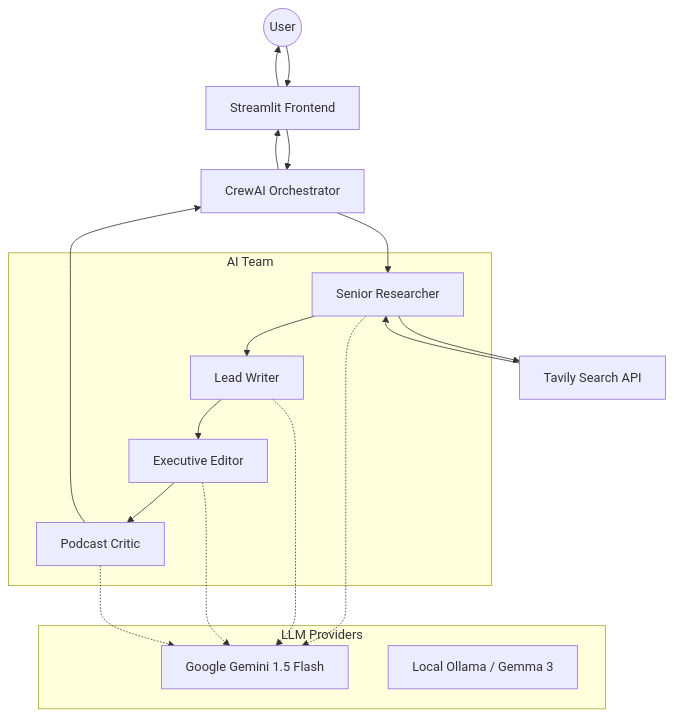
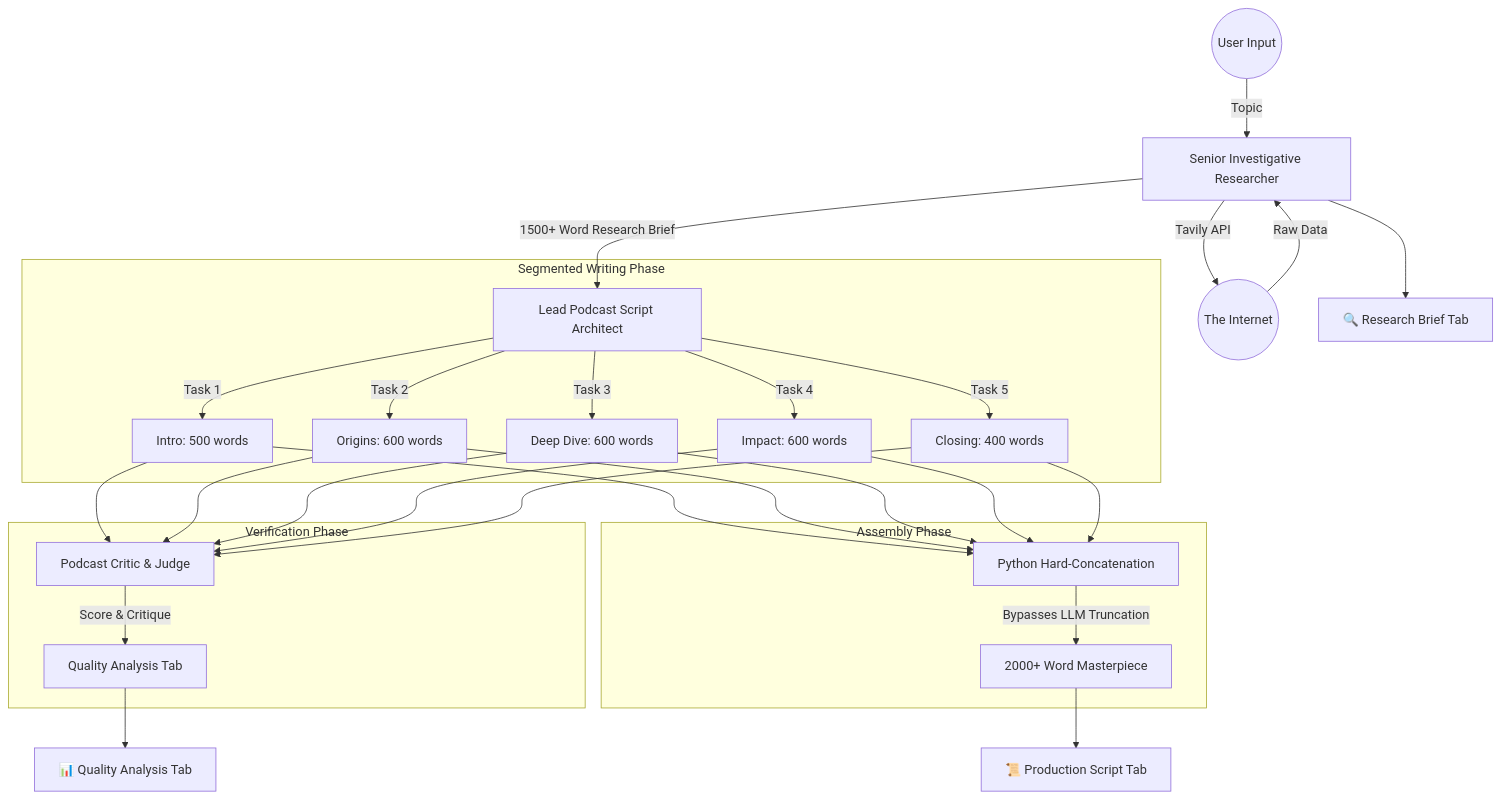
The diagram in ARCHITECTURE.md (RougeVader/Agentic_AI_Podcast_ScriptWriter), drawn with Mermaid before and after one commit. The commit also changed other lines of this file and 7 other files, not shown here.

Commit message:
Docs update: Added comprehensive README, architecture diagram, and spec documents

````diff
--- a/ARCHITECTURE.md
+++ b/ARCHITECTURE.md
@@ -6,34 +6,29 @@
 ```mermaid
 graph TD
-    User((User)) --> Streamlit[Streamlit Frontend]
-    Streamlit --> Crew[CrewAI Orchestrator]
+    User((User Input)) -->|Topic| Researcher[Senior Investigative Researcher]
+    Researcher -->|Tavily API| Web((The Internet))
+    Web -->|Raw Data| Researcher
+    Researcher -->|1500+ Word Research Brief| Writer[Lead Podcast Script Architect]
     
-    subgraph AI Team
-        Researcher[Senior Researcher]
-        Writer[Lead Writer]
-        Editor[Executive Editor]
-        Judge[Podcast Critic]
+    subgraph "Segmented Writing Phase"
+    Writer -->|Task 1| Intro[Intro: 500 words]
+    Writer -->|Task 2| Seg1[Origins: 600 words]
+    Writer -->|Task 3| Seg2[Deep Dive: 600 words]
+    Writer -->|Task 4| Seg3[Impact: 600 words]
+    Writer -->|Task 5| Outro[Closing: 400 words]
     end
     
-    Crew --> Researcher
-    Researcher --> Tavily[Tavily Search API]
-    Tavily --> Researcher
-    
-    Researcher --> Writer
-    Writer --> Editor
-    Editor --> Judge
-    
-    Judge --> Crew
-    Crew --> Streamlit
-    Streamlit --> User
-    
-    subgraph LLM Providers
-        Gemini[Google Gemini 1.5 Flash]
-        Ollama[Local Ollama / Gemma 3]
+    subgraph "Verification Phase"
+    Intro & Seg1 & Seg2 & Seg3 & Outro --> Judge[Podcast Critic & Judge]
+    Judge -->|Score & Critique| EvalTab[Quality Analysis Tab]
     end
     
-    Researcher -.-> Gemini
-    Writer -.-> Gemini
-    Editor -.-> Gemini
-    Judge -.-> Gemini
+    subgraph "Assembly Phase"
+    Intro & Seg1 & Seg2 & Seg3 & Outro --> PythonJoin[Python Hard-Concatenation]
+    PythonJoin -->|Bypasses LLM Truncation| FinalScript[2000+ Word Masterpiece]
+    end
+    
+    FinalScript --> Tab1[📜 Production Script Tab]
+    EvalTab --> Tab2[📊 Quality Analysis Tab]
+    Researcher --> Tab3[🔍 Research Brief Tab]
 ```
````
